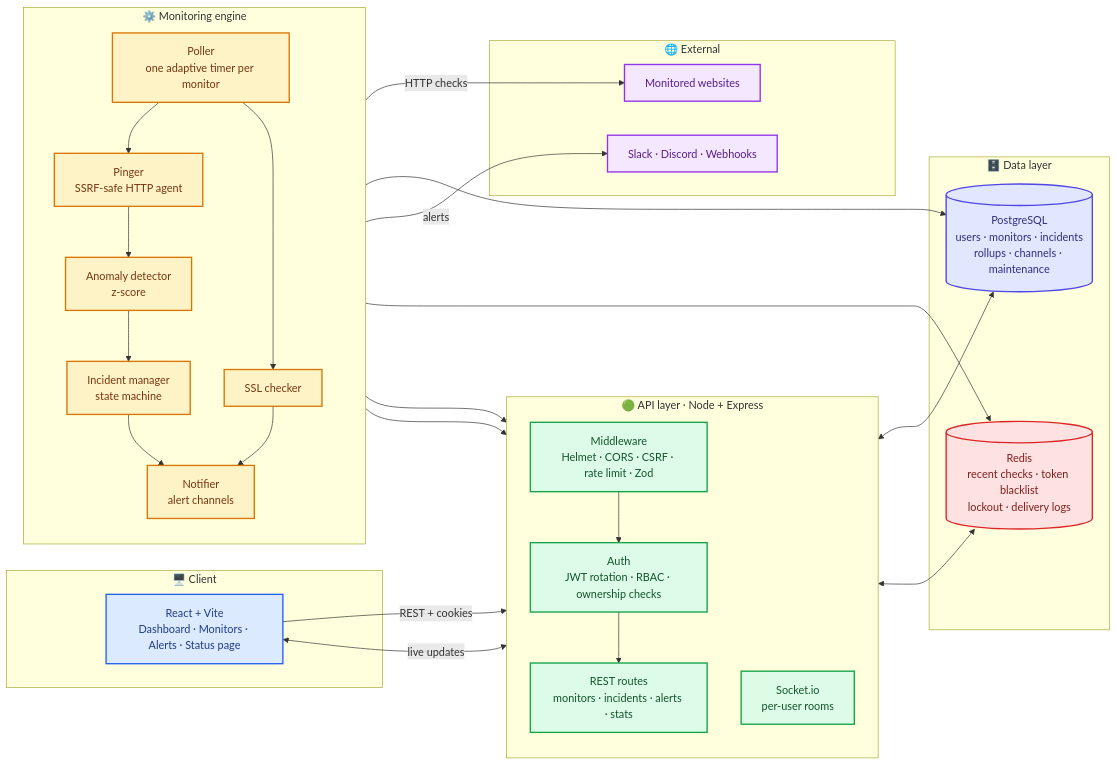
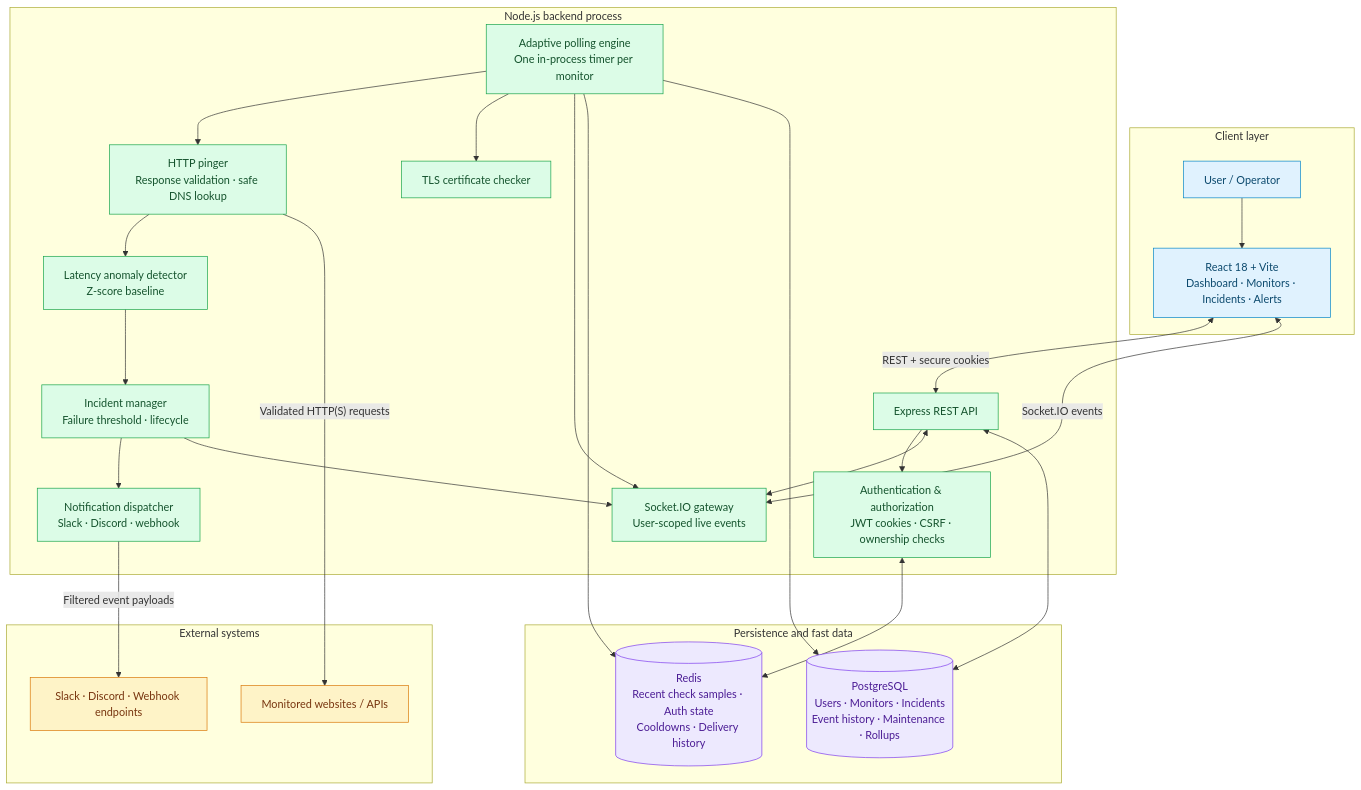
Before and after one commit to Neemasree/PULSEWATCH: the second of 6 diagrams in README.md, drawn with Mermaid. The commit also changed other lines of this file, not shown here.

````diff
--- a/README.md
+++ b/README.md
@@ -101,67 +106,57 @@
 ```mermaid
-flowchart LR
-  subgraph CLIENT["🖥️ Client"]
-    UI["React + Vite<br/>Dashboard · Monitors · Alerts · Status page"]
-  end
+flowchart TB
+    subgraph CLIENT["Client layer"]
+        USER["User / Operator"]
+        WEB["React 18 + Vite<br/>Dashboard · Monitors · Incidents · Alerts"]
+        USER --> WEB
+    end
 
-  subgraph API["🟢 API layer · Node + Express"]
-    direction TB
-    MW["Middleware<br/>Helmet · CORS · CSRF · rate limit · Zod"]
-    AUTH["Auth<br/>JWT rotation · RBAC · ownership checks"]
-    REST["REST routes<br/>monitors · incidents · alerts · stats"]
-    WS["Socket.io<br/>per-user rooms"]
-  end
+    subgraph SERVER["Node.js backend process"]
+        API["Express REST API"]
+        AUTH["Authentication & authorization<br/>JWT cookies · CSRF · ownership checks"]
+        SOCKET["Socket.IO gateway<br/>User-scoped live events"]
+        ENGINE["Adaptive polling engine<br/>One in-process timer per monitor"]
+        PINGER["HTTP pinger<br/>Response validation · safe DNS lookup"]
+        DETECTOR["Latency anomaly detector<br/>Z-score baseline"]
+        INCIDENT["Incident manager<br/>Failure threshold · lifecycle"]
+        SSL["TLS certificate checker"]
+        NOTIFIER["Notification dispatcher<br/>Slack · Discord · webhook"]
+        API --> AUTH
+        ENGINE --> PINGER
+        PINGER --> DETECTOR
+        DETECTOR --> INCIDENT
+        ENGINE --> SSL
+        INCIDENT --> NOTIFIER
+        API <--> SOCKET
+        ENGINE --> SOCKET
+        INCIDENT --> SOCKET
+    end
 
-  subgraph ENGINE["⚙️ Monitoring engine"]
-    direction TB
-    POLL["Poller<br/>one adaptive timer per monitor"]
-    PING["Pinger<br/>SSRF-safe HTTP agent"]
-    ANOM["Anomaly detector<br/>z-score"]
-    INC["Incident manager<br/>state machine"]
-    SSL["SSL checker"]
-    NOTIF["Notifier<br/>alert channels"]
-  end
+    subgraph STORAGE["Persistence and fast data"]
+        PG[("PostgreSQL<br/>Users · Monitors · Incidents<br/>Event history · Maintenance · Rollups")]
+        REDIS[("Redis<br/>Recent check samples · Auth state<br/>Cooldowns · Delivery history")]
+    end
 
-  subgraph DATA["🗄️ Data layer"]
-    PG[("PostgreSQL<br/>users · monitors · incidents<br/>rollups · channels · maintenance")]
-    RD[("Redis<br/>recent checks · token blacklist<br/>lockout · delivery logs")]
-  end
+    subgraph EXTERNAL["External systems"]
+        TARGET["Monitored websites / APIs"]
+        CHANNELS["Slack · Discord · Webhook endpoints"]
+    end
 
-  subgraph EXT["🌐 External"]
-    SITES["Monitored websites"]
-    HOOKS["Slack · Discord · Webhooks"]
-  end
+    WEB <-->|"REST + secure cookies"| API
+    WEB <-->|"Socket.IO events"| SOCKET
+    PINGER -->|"Validated HTTP(S) requests"| TARGET
+    API <--> PG
+    AUTH <--> REDIS
+    ENGINE --> REDIS
+    ENGINE --> PG
+    NOTIFIER -->|"Filtered event payloads"| CHANNELS
 
-  UI -->|"REST + cookies"| MW
-  MW --> AUTH --> REST
-  UI <-->|"live updates"| WS
-  REST <--> PG
-  AUTH <--> RD
-
-  POLL --> PING
-  PING -->|"HTTP checks"| SITES
-  PING --> ANOM
-  ANOM --> INC
-  POLL --> SSL
-  INC --> PG
-  INC --> NOTIF
-  SSL --> NOTIF
-  NOTIF -->|"alerts"| HOOKS
-  POLL --> RD
-  ANOM --> WS
-  INC --> WS
-
-  classDef client fill:#DBEAFE,stroke:#2563EB,color:#1E3A8A,stroke-width:2px
-  classDef api fill:#DCFCE7,stroke:#16A34A,color:#14532D,stroke-width:2px
-  classDef engine fill:#FEF3C7,stroke:#D97706,color:#78350F,stroke-width:2px
-  classDef pg fill:#E0E7FF,stroke:#4F46E5,color:#312E81,stroke-width:2px
-  classDef redis fill:#FEE2E2,stroke:#DC2626,color:#7F1D1D,stroke-width:2px
-  classDef ext fill:#F3E8FF,stroke:#9333EA,color:#581C87,stroke-width:2px
-
-  class UI client
-  class MW,AUTH,REST,WS api
-  class POLL,PING,ANOM,INC,SSL,NOTIF engine
-  class PG pg
-  class RD redis
-  class SITES,HOOKS ext
+    classDef client fill:#E0F2FE,stroke:#0284C7,color:#0C4A6E
+    classDef service fill:#DCFCE7,stroke:#16A34A,color:#14532D
+    classDef storage fill:#EDE9FE,stroke:#7C3AED,color:#4C1D95
+    classDef external fill:#FEF3C7,stroke:#D97706,color:#78350F
+    class WEB,USER client
+    class API,AUTH,SOCKET,ENGINE,PINGER,DETECTOR,INCIDENT,SSL,NOTIFIER service
+    class PG,REDIS storage
+    class TARGET,CHANNELS external
 ```
````
